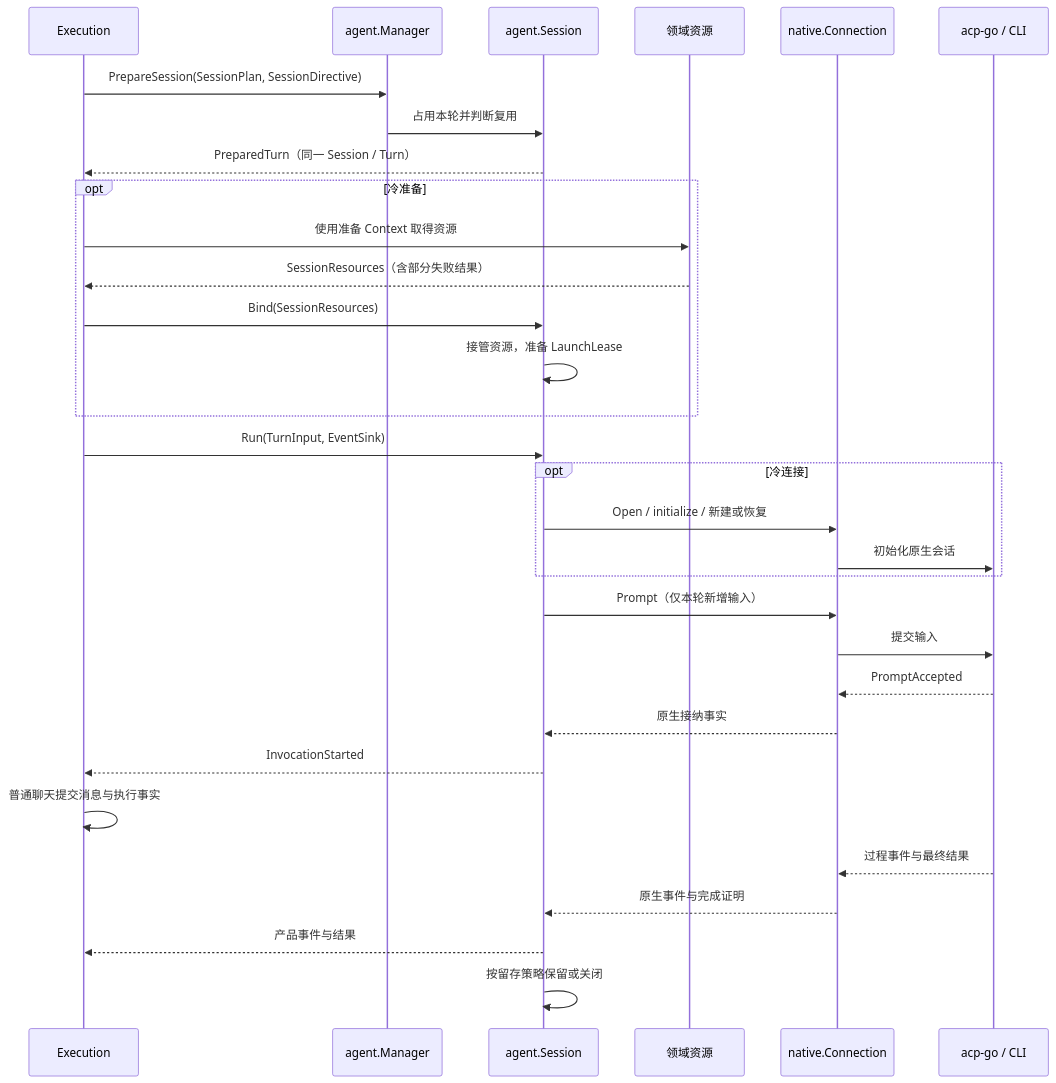
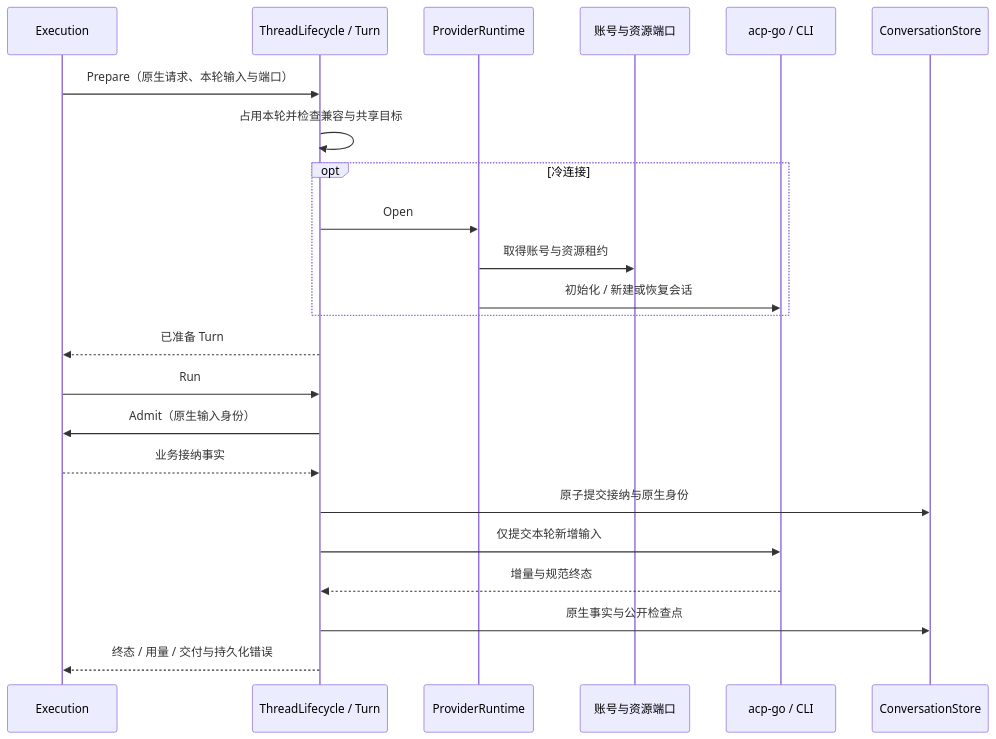
One commit to JieWaZi/NeuxBot changed the first of 2 diagrams in docs/architecture/chat-and-execution-cn.md. Above: the diagram before and after it, drawn with Mermaid. The commit also changed other lines of this file and 1459 other files, not shown here.

````diff
--- a/docs/architecture/chat-and-execution-cn.md
+++ b/docs/architecture/chat-and-execution-cn.md
@@ -37,33 +35,25 @@
 ```mermaid
 sequenceDiagram
-  participant Execution as Execution
-  participant Manager as agent.Manager
-  participant Session as agent.Session
-  participant Resources as 领域资源
-  participant Connection as native.Connection
+  participant Execution
+  participant Thread as ThreadLifecycle / Turn
+  participant Provider as ProviderRuntime
+  participant Resources as 账号与资源端口
   participant CLI as acp-go / CLI
-  Execution->>Manager: PrepareSession(SessionPlan, SessionDirective)
-  Manager->>Session: 占用本轮并判断复用
-  Session-->>Execution: PreparedTurn（同一 Session / Turn）
-  opt 冷准备
-    Execution->>Resources: 使用准备 Context 取得资源
-    Resources-->>Execution: SessionResources（含部分失败结果）
-    Execution->>Session: Bind(SessionResources)
-    Session->>Session: 接管资源，准备 LaunchLease
+  participant Store as ConversationStore
+  Execution->>Thread: Prepare（原生请求、本轮输入与端口）
+  Thread->>Thread: 占用本轮并检查兼容与共享目标
+  opt 冷连接
+    Thread->>Provider: Open
+    Provider->>Resources: 取得账号与资源租约
+    Provider->>CLI: 初始化 / 新建或恢复会话
   end
-  Execution->>Session: Run(TurnInput, EventSink)
-  opt 冷连接
-    Session->>Connection: Open / initialize / 新建或恢复
-    Connection->>CLI: 初始化原生会话
-  end
-  Session->>Connection: Prompt（仅本轮新增输入）
-  Connection->>CLI: 提交输入
-  CLI-->>Connection: PromptAccepted
-  Connection-->>Session: 原生接纳事实
-  Session-->>Execution: InvocationStarted
-  Execution->>Execution: 普通聊天提交消息与执行事实
-  CLI-->>Connection: 过程事件与最终结果
-  Connection-->>Session: 原生事件与完成证明
-  Session-->>Execution: 产品事件与结果
-  Session->>Session: 按留存策略保留或关闭
+  Thread-->>Execution: 已准备 Turn
+  Execution->>Thread: Run
+  Thread->>Execution: Admit（原生输入身份）
+  Execution-->>Thread: 业务接纳事实
+  Thread->>Store: 原子提交接纳与原生身份
+  Thread->>CLI: 仅提交本轮新增输入
+  CLI-->>Thread: 增量与规范终态
+  Thread->>Store: 原生事实与公开检查点
+  Thread-->>Execution: 终态 / 用量 / 交付与持久化错误
 ```
````
